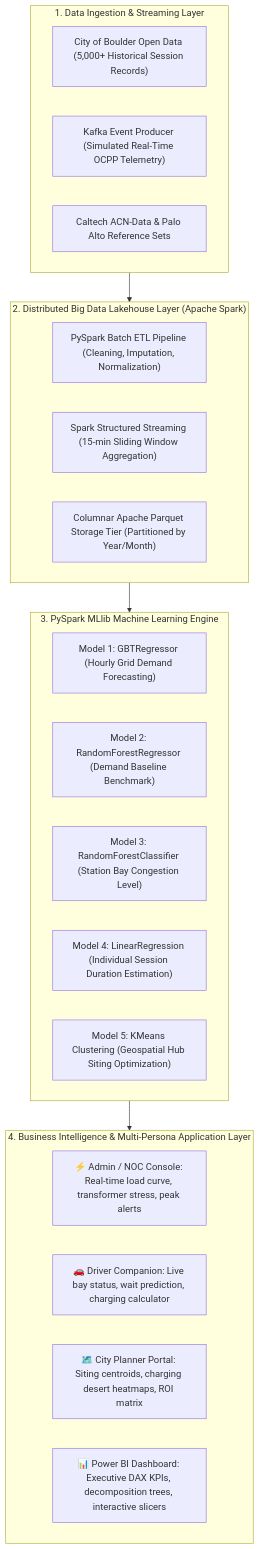
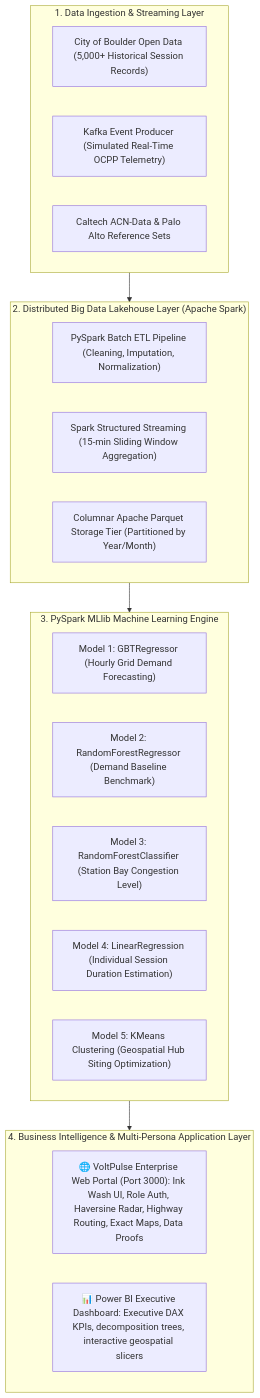
One commit to parthvij29/big_data_analytics_project changed the diagram in PROJECT_DESC.md. Above: the diagram before and after it, drawn with Mermaid. The commit also changed other lines of this file and 7 other files, not shown here.

Commit message:
Update VoltPulse dashboard and project documentation

````diff
--- a/PROJECT_DESC.md
+++ b/PROJECT_DESC.md
@@ -104,33 +106,31 @@
 ```mermaid
 flowchart TD
     subgraph Layer1["1. Data Ingestion & Streaming Layer"]
         A1["City of Boulder Open Data (5,000+ Historical Session Records)"]
         A2["Kafka Event Producer (Simulated Real-Time OCPP Telemetry)"]
         A3["Caltech ACN-Data & Palo Alto Reference Sets"]
     end
 
     subgraph Layer2["2. Distributed Big Data Lakehouse Layer (Apache Spark)"]
         B1["PySpark Batch ETL Pipeline (Cleaning, Imputation, Normalization)"]
         B2["Spark Structured Streaming (15-min Sliding Window Aggregation)"]
         B3["Columnar Apache Parquet Storage Tier (Partitioned by Year/Month)"]
     end
 
     subgraph Layer3["3. PySpark MLlib Machine Learning Engine"]
         M1["Model 1: GBTRegressor (Hourly Grid Demand Forecasting)"]
         M2["Model 2: RandomForestRegressor (Demand Baseline Benchmark)"]
         M3["Model 3: RandomForestClassifier (Station Bay Congestion Level)"]
         M4["Model 4: LinearRegression (Individual Session Duration Estimation)"]
         M5["Model 5: KMeans Clustering (Geospatial Hub Siting Optimization)"]
     end
 
     subgraph Layer4["4. Business Intelligence & Multi-Persona Application Layer"]
-        P1["⚡ Admin / NOC Console: Real-time load curve, transformer stress, peak alerts"]
-        P2["🚗 Driver Companion: Live bay status, wait prediction, charging calculator"]
-        P3["🗺️ City Planner Portal: Siting centroids, charging desert heatmaps, ROI matrix"]
-        P4["📊 Power BI Dashboard: Executive DAX KPIs, decomposition trees, interactive slicers"]
+        P1["🌐 VoltPulse Enterprise Web Portal (Port 3000): Ink Wash UI, Role Auth, Haversine Radar, Highway Routing, Exact Maps, Data Proofs"]
+        P2["📊 Power BI Executive Dashboard: Executive DAX KPIs, decomposition trees, interactive geospatial slicers"]
     end
 
     Layer1 --> Layer2
     Layer2 --> Layer3
     Layer3 --> Layer4
 ```
````
